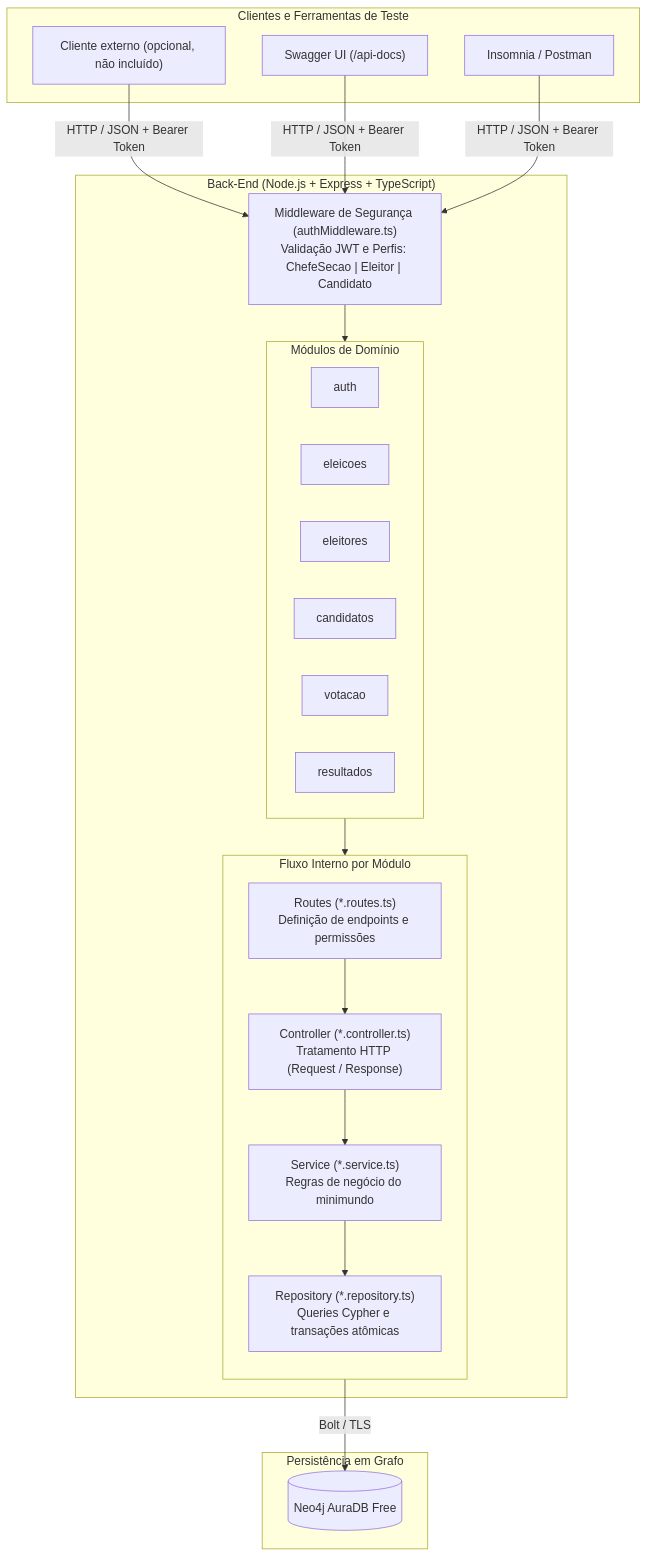
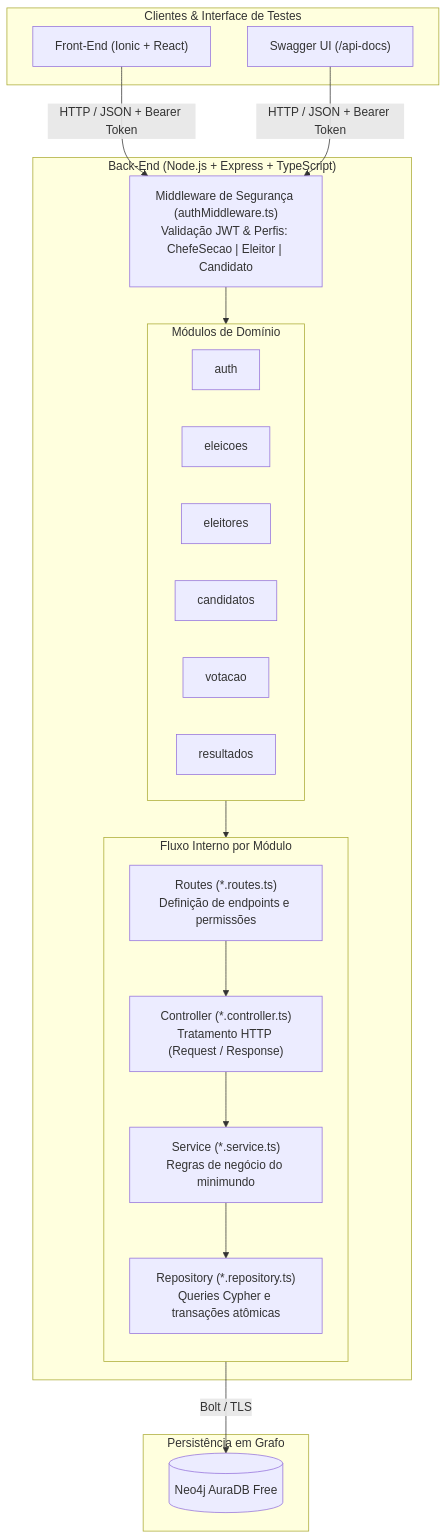
The first of 2 diagrams in README.md (Ana5Rosa/Simulacao-de-Eleicao-Eletronica), drawn with Mermaid before and after one commit.

Commit message:
Revise architecture diagram in README
Updated the architecture diagram and clarified the components involved.

````diff
--- a/README.md
+++ b/README.md
@@ -22,39 +22,38 @@
 ```mermaid
 flowchart TD
-    subgraph Clientes["Clientes e Ferramentas de Teste"]
-        FE["Cliente externo (opcional, não incluído)"]
+    subgraph Clientes["Clientes & Interface de Testes"]
+        FE["Front-End (Ionic + React)"]
         SW["Swagger UI (/api-docs)"]
-        IN["Insomnia / Postman"]
     end
 
     subgraph API["Back-End (Node.js + Express + TypeScript)"]
-        MW["Middleware de Segurança (authMiddleware.ts)<br/>Validação JWT e Perfis: ChefeSecao | Eleitor | Candidato"]
+        MW["Middleware de Segurança (authMiddleware.ts)<br/>Validação JWT & Perfis: ChefeSecao | Eleitor | Candidato"]
 
         subgraph Modulos["Módulos de Domínio"]
             M1["auth"]
             M2["eleicoes"]
             M3["eleitores"]
             M4["candidatos"]
             M5["votacao"]
             M6["resultados"]
         end
 
         subgraph Camadas["Fluxo Interno por Módulo"]
             direction TB
             R["Routes (*.routes.ts)<br/>Definição de endpoints e permissões"]
             C["Controller (*.controller.ts)<br/>Tratamento HTTP (Request / Response)"]
             S["Service (*.service.ts)<br/>Regras de negócio do minimundo"]
             RP["Repository (*.repository.ts)<br/>Queries Cypher e transações atômicas"]
             R --> C --> S --> RP
         end
     end
 
     subgraph DB["Persistência em Grafo"]
         NEO[("Neo4j AuraDB Free")]
     end
 
-    FE & SW & IN -->|"HTTP / JSON + Bearer Token"| MW
+    FE & SW -->|HTTP / JSON + Bearer Token| MW
     MW --> Modulos
     Modulos --> Camadas
-    RP -->|"Bolt / TLS"| NEO
+    RP -->|Bolt / TLS| NEO
 ```
````
